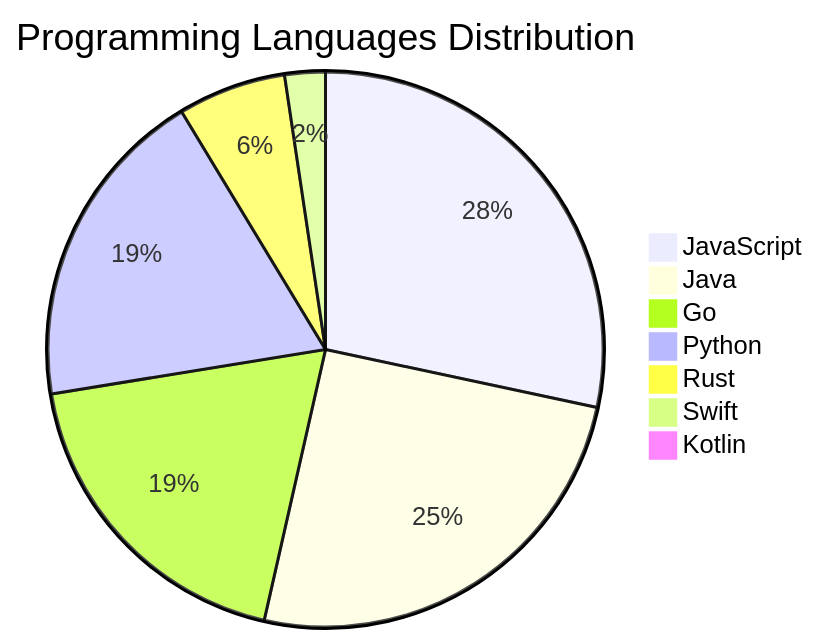
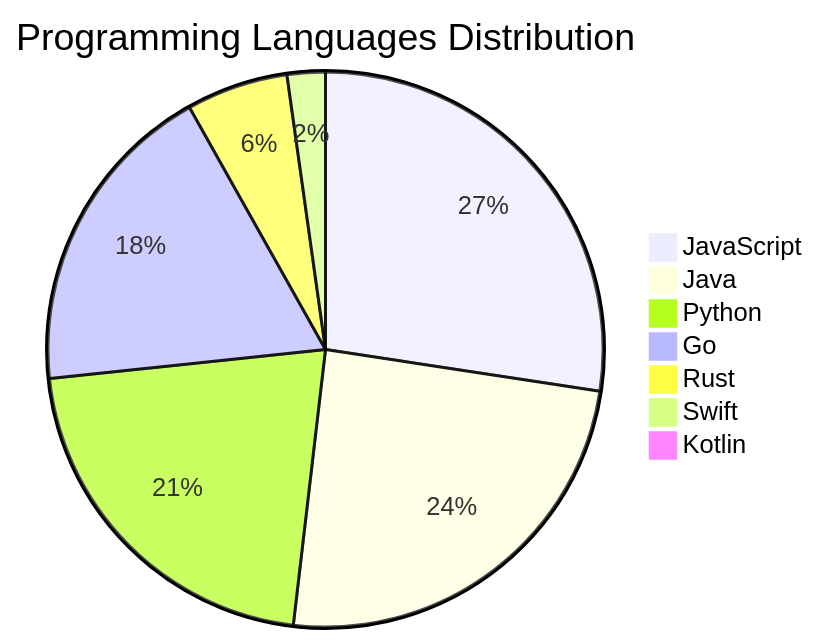
One commit to Derrick-MUGISHA/github-activity-bot changed the diagram in README.md. Above: the diagram before and after it, drawn with Mermaid. The commit also changed other lines of this file and 4 other files, not shown here.

````diff
--- a/README.md
+++ b/README.md
@@ -207,10 +207,10 @@
 ```mermaid
 pie title Programming Languages Distribution
-    "JavaScript" : 36
-    "Java" : 32
-    "Go" : 24
-    "Python" : 24
+    "JavaScript" : 37
+    "Java" : 33
+    "Python" : 29
+    "Go" : 25
     "Rust" : 8
     "Swift" : 3
     "Kotlin" : 1
 ```
````
